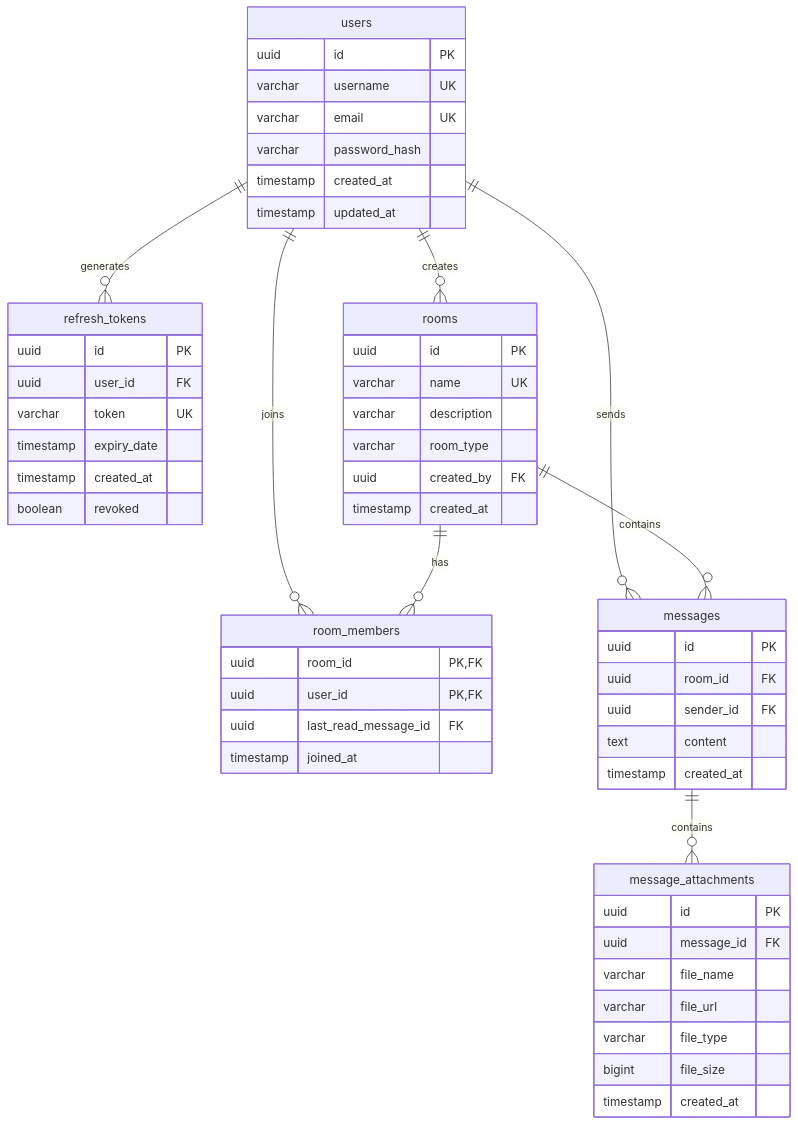
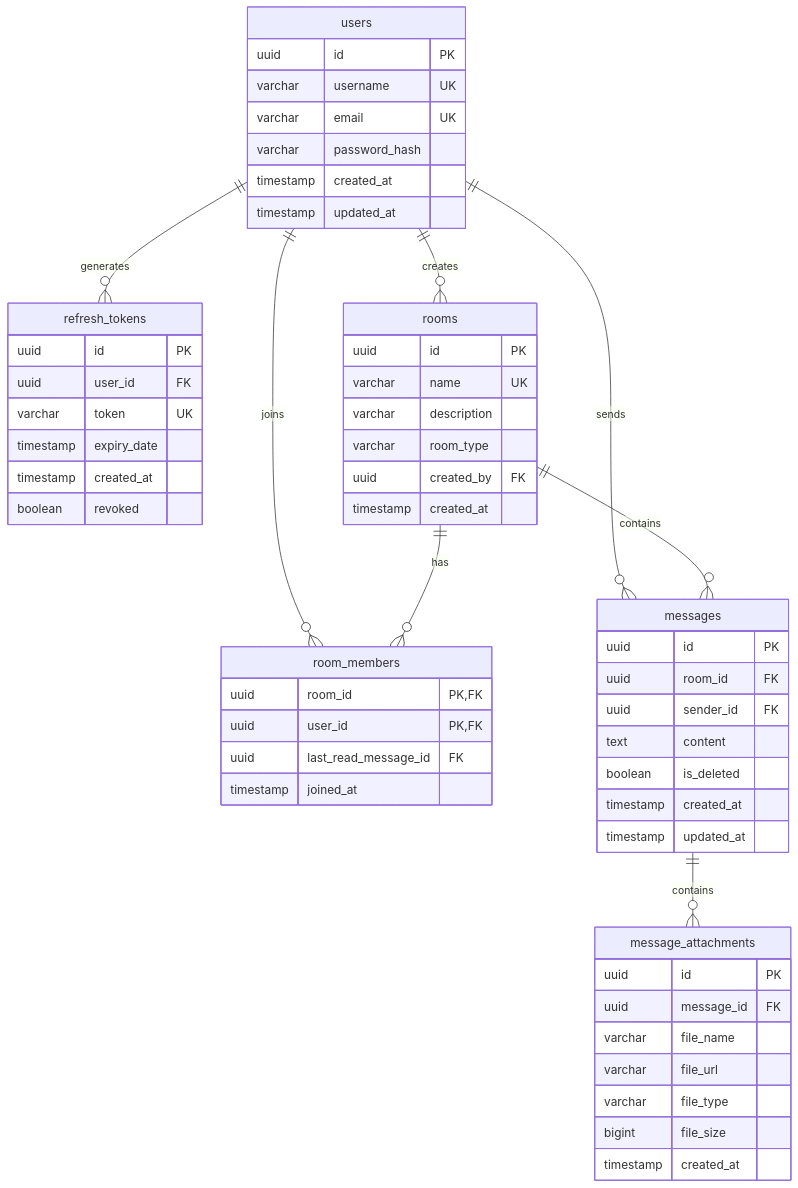
Before and after one commit to rishi-18/realtime-chat-application: the diagram in docs/database-design.md, drawn with Mermaid. The commit also changed other lines of this file and 14 other files, not shown here.

````diff
--- a/docs/database-design.md
+++ b/docs/database-design.md
@@ -9,57 +9,59 @@
 ```mermaid
 erDiagram
     users {
         uuid id PK
         varchar username UK
         varchar email UK
         varchar password_hash
         timestamp created_at
         timestamp updated_at
     }
     refresh_tokens {
         uuid id PK
         uuid user_id FK
         varchar token UK
         timestamp expiry_date
         timestamp created_at
         boolean revoked
     }
     rooms {
         uuid id PK
         varchar name UK
         varchar description
         varchar room_type
         uuid created_by FK
         timestamp created_at
     }
     room_members {
         uuid room_id PK, FK
         uuid user_id PK, FK
         uuid last_read_message_id FK
         timestamp joined_at
     }
     messages {
         uuid id PK
         uuid room_id FK
         uuid sender_id FK
         text content
+        boolean is_deleted
         timestamp created_at
+        timestamp updated_at
     }
     message_attachments {
         uuid id PK
         uuid message_id FK
         varchar file_name
         varchar file_url
         varchar file_type
         bigint file_size
         timestamp created_at
     }
 
     users ||--o{ refresh_tokens : "generates"
     users ||--o{ rooms : "creates"
     users ||--o{ room_members : "joins"
     rooms ||--o{ room_members : "has"
     users ||--o{ messages : "sends"
     rooms ||--o{ messages : "contains"
     messages ||--o{ message_attachments : "contains"
 ```
````
